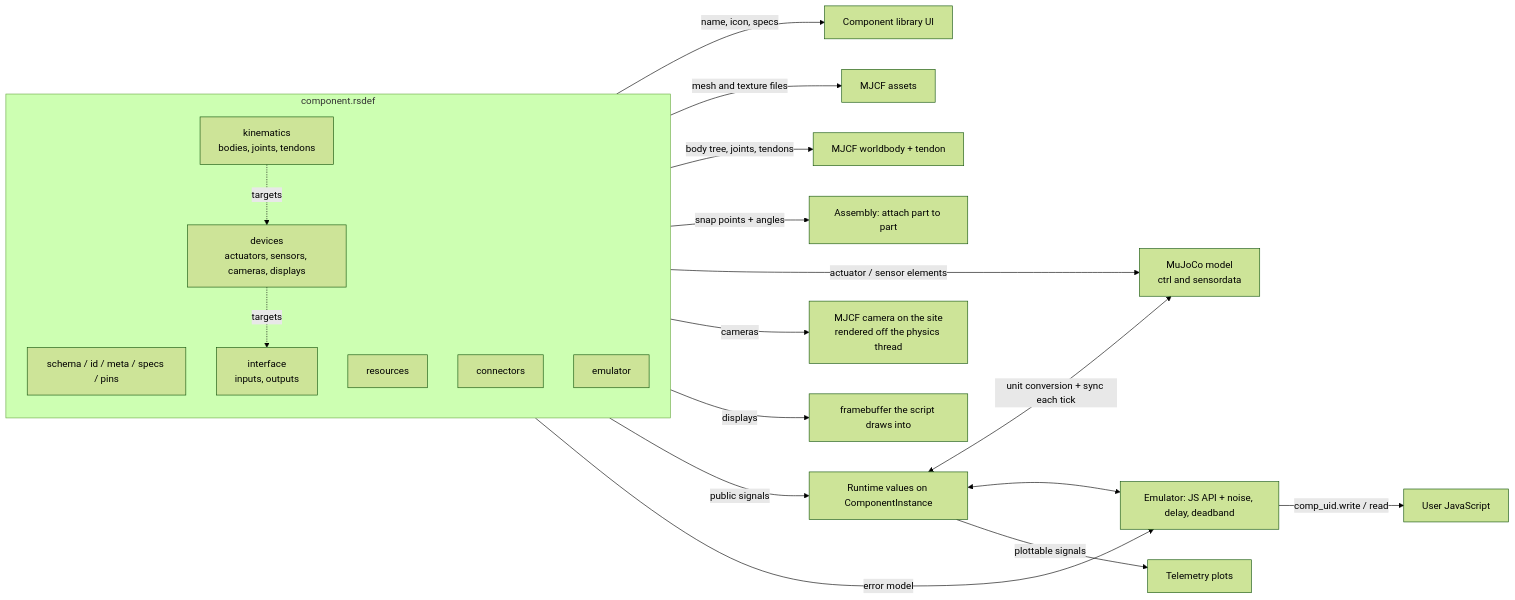
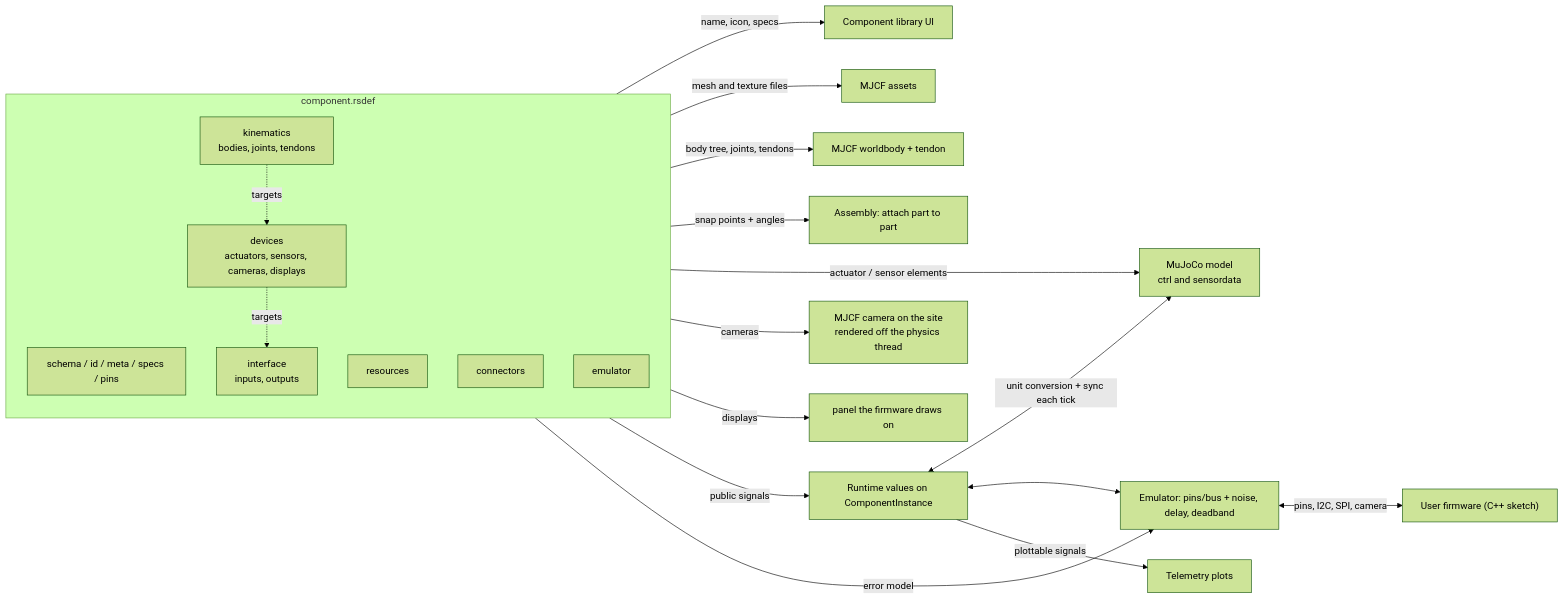
The diagram in docs/dev/schema2.md (alfaiajanon/RoboticsStudio), drawn with Mermaid (forest theme) before and after one commit. The commit also changed other lines of this file and 747 other files, not shown here.

First line of the commit message:
architecture v2: phase 1

````diff
--- a/docs/dev/schema2.md
+++ b/docs/dev/schema2.md
@@ -9,30 +9,30 @@
 ```mermaid
 flowchart LR
     subgraph FILE["component.rsdef"]
         direction TB
         META["schema / id / meta / specs / pins"]
         RES["resources"]
         KIN["kinematics<br/>bodies, joints, tendons"]
         CON["connectors"]
         DEV["devices<br/>actuators, sensors, cameras, displays"]
         INT["interface<br/>inputs, outputs"]
         EMU["emulator"]
     end
 
     META -->|"name, icon, specs"| LIB["Component library UI"]
     RES -->|"mesh and texture files"| ASSET["MJCF assets"]
     KIN -->|"body tree, joints, tendons"| TREE["MJCF worldbody + tendon"]
     CON -->|"snap points + angles"| ASM["Assembly: attach part to part"]
     DEV -->|"actuator / sensor elements"| MJ["MuJoCo model<br/>ctrl and sensordata"]
     DEV -->|"cameras"| CAM["MJCF camera on the site<br/>rendered off the physics thread"]
-    DEV -->|"displays"| DSP["framebuffer the script draws into"]
+    DEV -->|"displays"| DSP["panel the firmware draws on"]
     INT -->|"public signals"| RT["Runtime values on ComponentInstance"]
-    EMU -->|"error model"| EM["Emulator: JS API + noise, delay, deadband"]
+    EMU -->|"error model"| EM["Emulator: pins/bus + noise, delay, deadband"]
 
     KIN -.->|"targets"| DEV
     DEV -.->|"targets"| INT
     RT <-->|"unit conversion + sync each tick"| MJ
     RT <--> EM
     RT -->|"plottable signals"| TEL["Telemetry plots"]
-    EM -->|"comp_uid.write / read"| JS["User JavaScript"]
+    EM <-->|"pins, I2C, SPI, camera"| FW["User firmware (C++ sketch)"]
 ```
````
